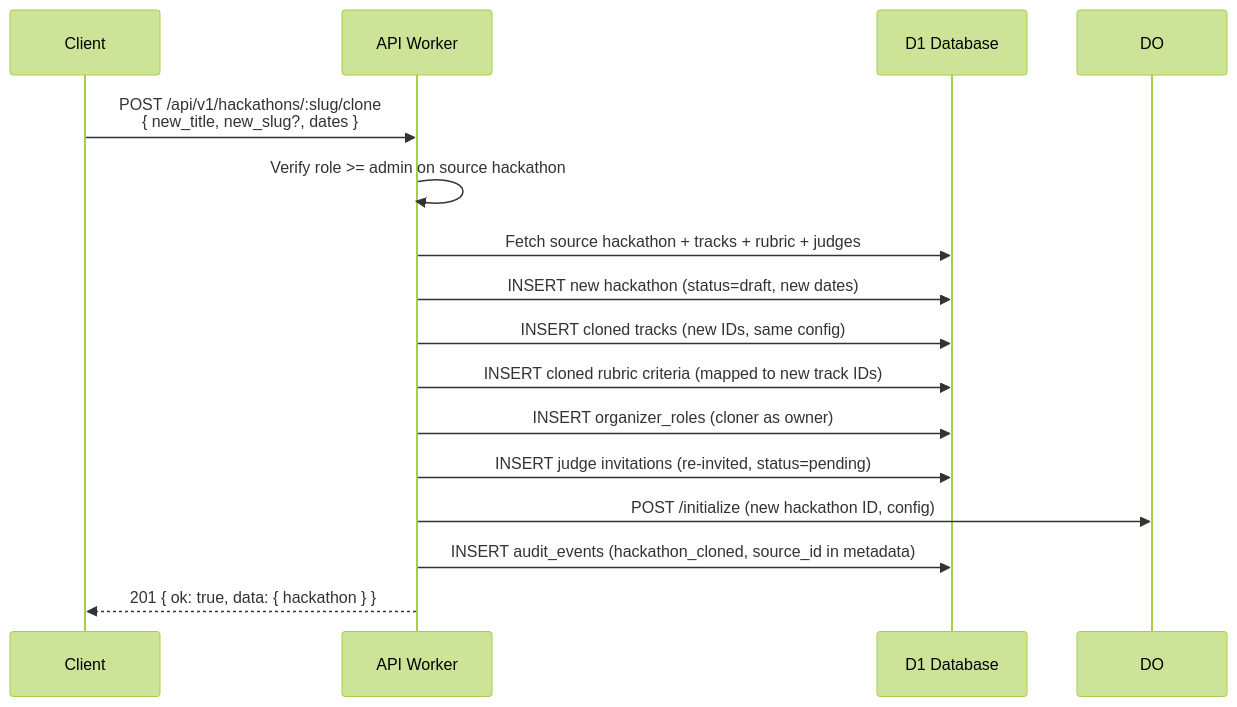
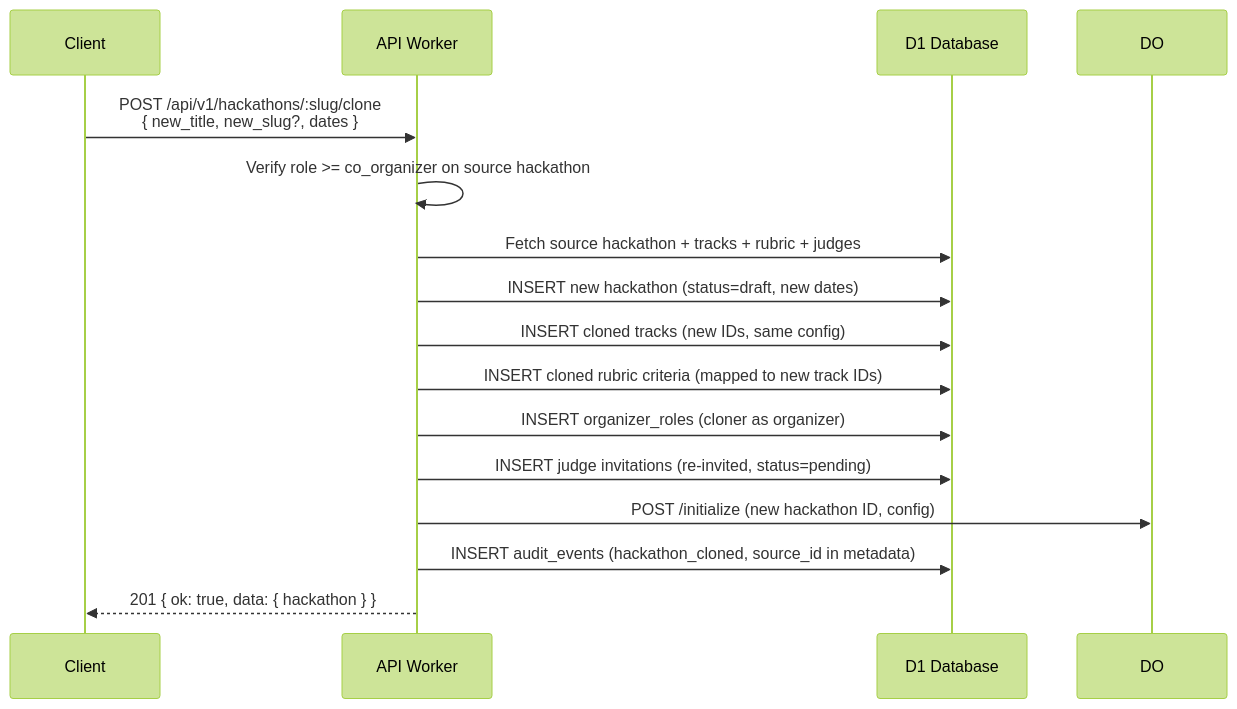
One commit to devangshupandey2025-stack/DevSage changed the seventh of 7 diagrams in docs/v3/planned/hackathon-lifecycle.md. Above: the diagram before and after it, drawn with Mermaid (forest theme). The commit also changed other lines of this file and 2 other files, not shown here.

First line of the commit message:
docs(core): fix canonical role names in lifecycle, roles, and team management docs

````diff
--- a/docs/v3/planned/hackathon-lifecycle.md
+++ b/docs/v3/planned/hackathon-lifecycle.md
@@ -585,21 +585,21 @@
 ```mermaid
 sequenceDiagram
     participant C as Client
     participant W as API Worker
     participant D1 as D1 Database
     participant DO as DO
 
     C->>W: POST /api/v1/hackathons/:slug/clone<br/>{ new_title, new_slug?, dates }
-    W->>W: Verify role >= admin on source hackathon
+    W->>W: Verify role >= co_organizer on source hackathon
     W->>D1: Fetch source hackathon + tracks + rubric + judges
 
     W->>D1: INSERT new hackathon (status=draft, new dates)
     W->>D1: INSERT cloned tracks (new IDs, same config)
     W->>D1: INSERT cloned rubric criteria (mapped to new track IDs)
-    W->>D1: INSERT organizer_roles (cloner as owner)
+    W->>D1: INSERT organizer_roles (cloner as organizer)
     W->>D1: INSERT judge invitations (re-invited, status=pending)
     W->>DO: POST /initialize (new hackathon ID, config)
 
     W->>D1: INSERT audit_events (hackathon_cloned, source_id in metadata)
     W-->>C: 201 { ok: true, data: { hackathon } }
 ```
````
